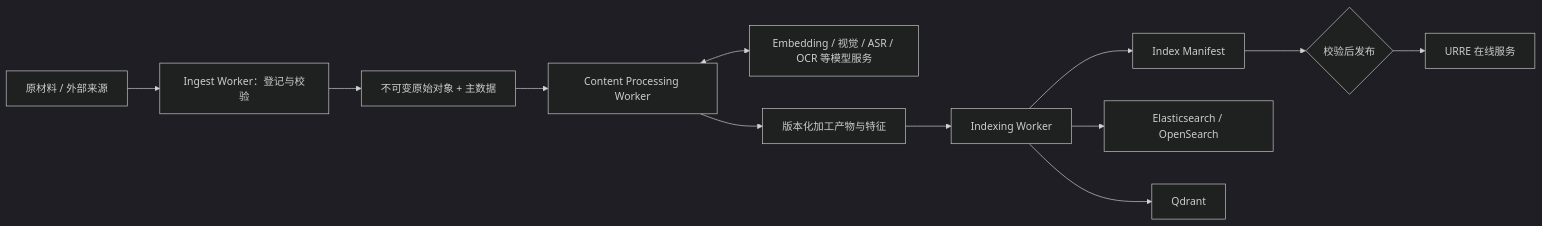
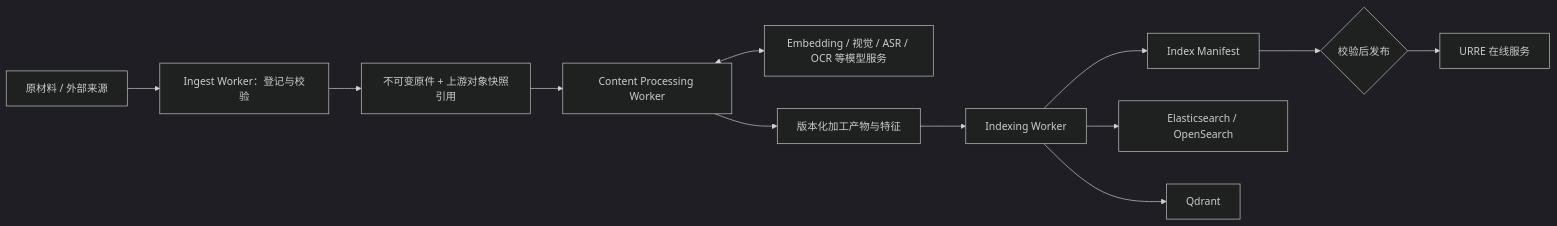
The third of 3 diagrams in 01_URRE架构设计.md (human-cosmos/search-rec-docs), drawn with Mermaid (dark theme) before and after one commit. The commit also changed other lines of this file and 6 other files, not shown here.

````diff
--- a/01_URRE架构设计.md
+++ b/01_URRE架构设计.md
@@ -332,14 +333,14 @@
 ```mermaid
 flowchart LR
   RAW[原材料 / 外部来源] --> INGEST[Ingest Worker：登记与校验]
-  INGEST --> RAWSTORE[不可变原始对象 + 主数据]
+  INGEST --> RAWSTORE[不可变原件 + 上游对象快照引用]
   RAWSTORE --> PROCESS[Content Processing Worker]
   PROCESS <--> MODEL[Embedding / 视觉 / ASR / OCR 等模型服务]
   PROCESS --> ARTIFACT[版本化加工产物与特征]
   ARTIFACT --> INDEXW[Indexing Worker]
   INDEXW --> MANIFEST[Index Manifest]
   INDEXW --> ES[Elasticsearch / OpenSearch]
   INDEXW --> QDRANT[Qdrant]
   MANIFEST --> ACTIVATE{校验后发布}
   ACTIVATE --> URRE[URRE 在线服务]
 ```
````
